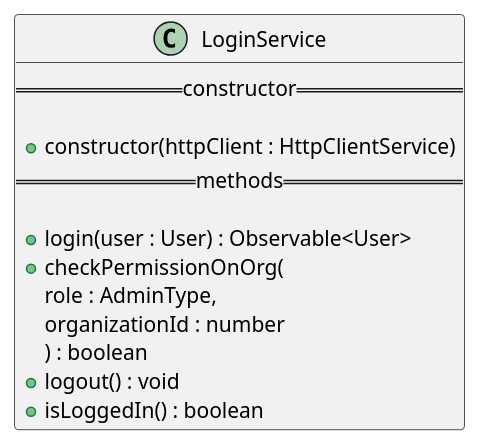
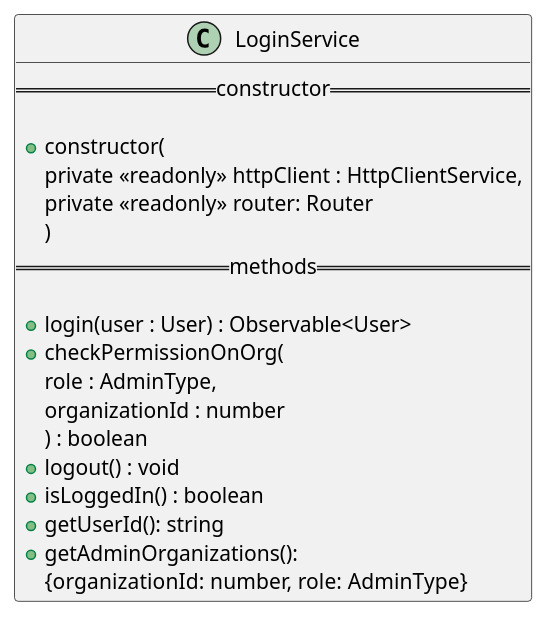
One commit to GruppOne/stalker-web-app changed the diagram in docs/diagrams/services/loginservice.pu. Above: the diagram before and after it, drawn with PlantUML. The commit also changed 5 other files, not shown here.

Commit message:
docs: update class diagrams

```diff
--- a/docs/diagrams/services/loginservice.pu
+++ b/docs/diagrams/services/loginservice.pu
@@ -1,16 +1,22 @@
 @startuml LoginService
 class LoginService {
   == constructor ==
 
-  + constructor(httpClient : HttpClientService)
+  + constructor(
+    private <<readonly>> httpClient : HttpClientService,
+    private <<readonly>> router: Router
+    )
   == methods ==
 
   + login(user : User) : Observable<User>
   + checkPermissionOnOrg(
     role : AdminType,
     organizationId : number
     ) : boolean
   + logout() : void
   + isLoggedIn() : boolean
+  + getUserId(): string
+  + getAdminOrganizations():
+  {organizationId: number, role: AdminType}
 }
 @enduml
```
